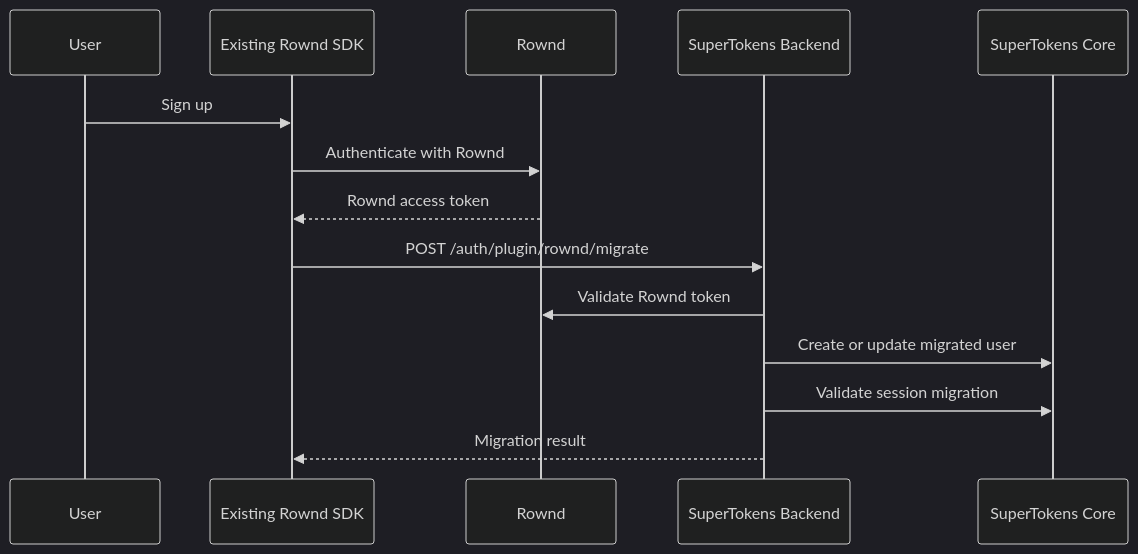
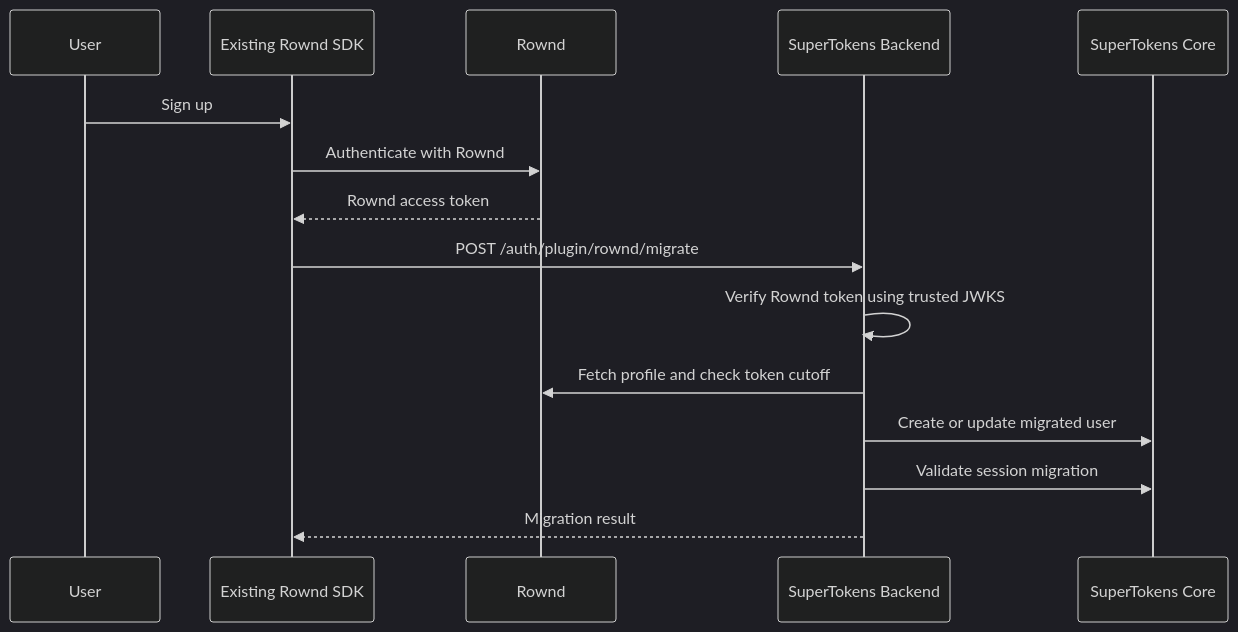
Before and after one commit to supertokens/supertokens-plugins: the diagram in packages/rownd-nodejs/MIGRATION_TUTORIAL.md, drawn with Mermaid (dark theme). The commit also changed other lines of this file and 7 other files, not shown here.

Commit message:
Support Rownd refresh-token session migration and sign-out cutoffs

````diff
--- a/packages/rownd-nodejs/MIGRATION_TUTORIAL.md
+++ b/packages/rownd-nodejs/MIGRATION_TUTORIAL.md
@@ -157,17 +161,18 @@
 ```mermaid
 sequenceDiagram
     participant User
     participant App as Existing Rownd SDK
     participant Rownd
     participant Backend as SuperTokens Backend
     participant Core as SuperTokens Core
 
     User->>App: Sign up
     App->>Rownd: Authenticate with Rownd
     Rownd-->>App: Rownd access token
     App->>Backend: POST /auth/plugin/rownd/migrate
-    Backend->>Rownd: Validate Rownd token
+    Backend->>Backend: Verify Rownd token using trusted JWKS
+    Backend->>Rownd: Fetch profile and check token cutoff
     Backend->>Core: Create or update migrated user
     Backend->>Core: Validate session migration
     Backend-->>App: Migration result
 ```
````
